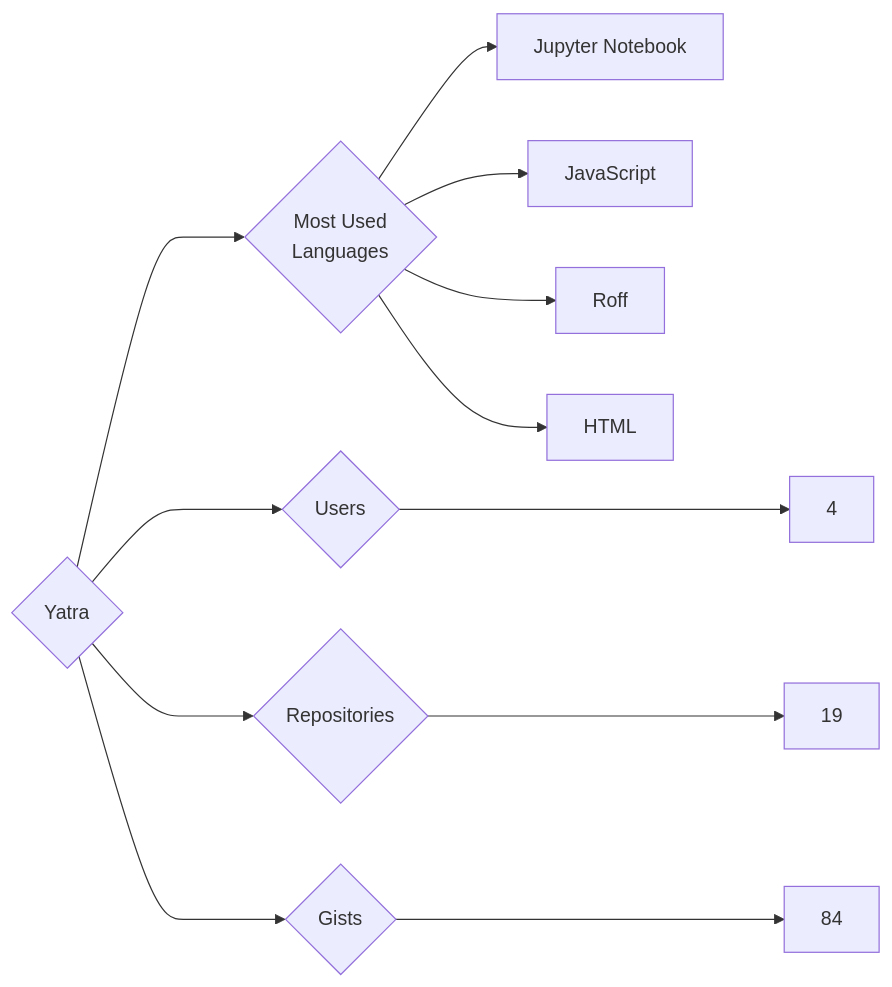
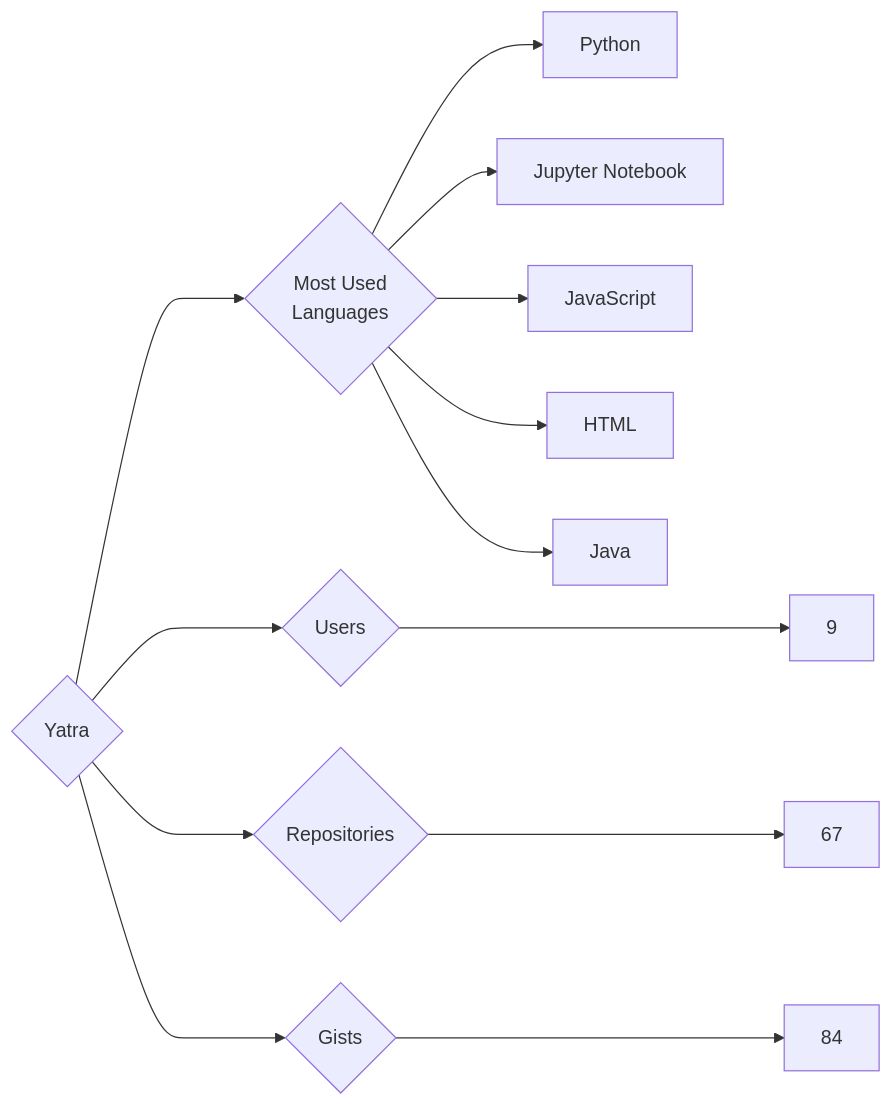
Before and after one commit to trickest/insiders: the diagram in targets/Yatra/README.md, drawn with Mermaid. The commit also changed 1508 other files, not shown here.

````diff
--- a/targets/Yatra/README.md
+++ b/targets/Yatra/README.md
@@ -3,12 +3,13 @@
 ```mermaid
 graph LR
 COMPANY_NAME{Yatra}
-COMPANY_NAME ---> U{Users} ---> UN[4]
-COMPANY_NAME ---> R{Repositories} ---> RN[19]
+COMPANY_NAME ---> U{Users} ---> UN[9]
+COMPANY_NAME ---> R{Repositories} ---> RN[67]
 COMPANY_NAME ---> G{Gists} ---> GN[84]
 COMPANY_NAME ---> ML{Most Used<br>Languages}
+ML --> Python[Python]
 ML --> Jupyter_Notebook[Jupyter Notebook]
 ML --> JavaScript[JavaScript]
-ML --> Roff[Roff]
 ML --> HTML[HTML]
+ML --> Java[Java]
 ```
````
